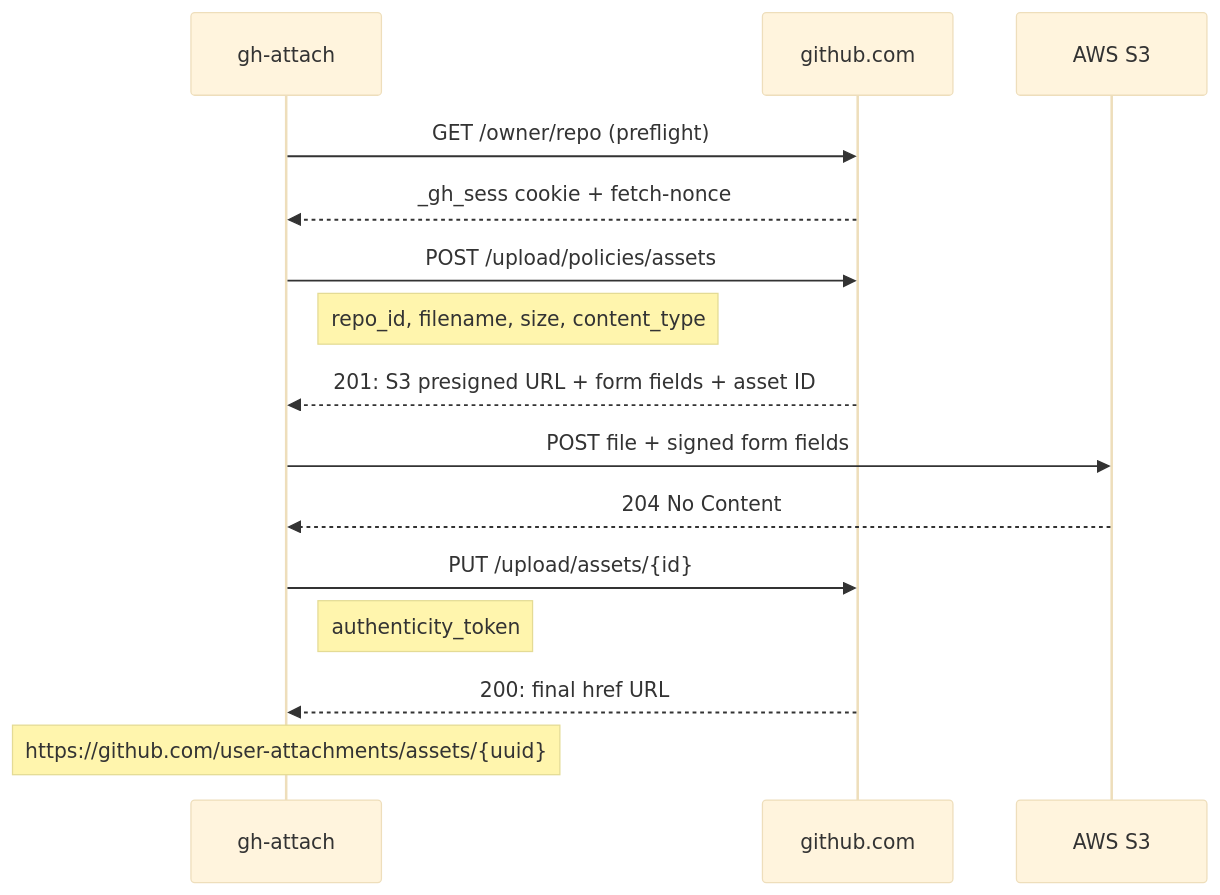
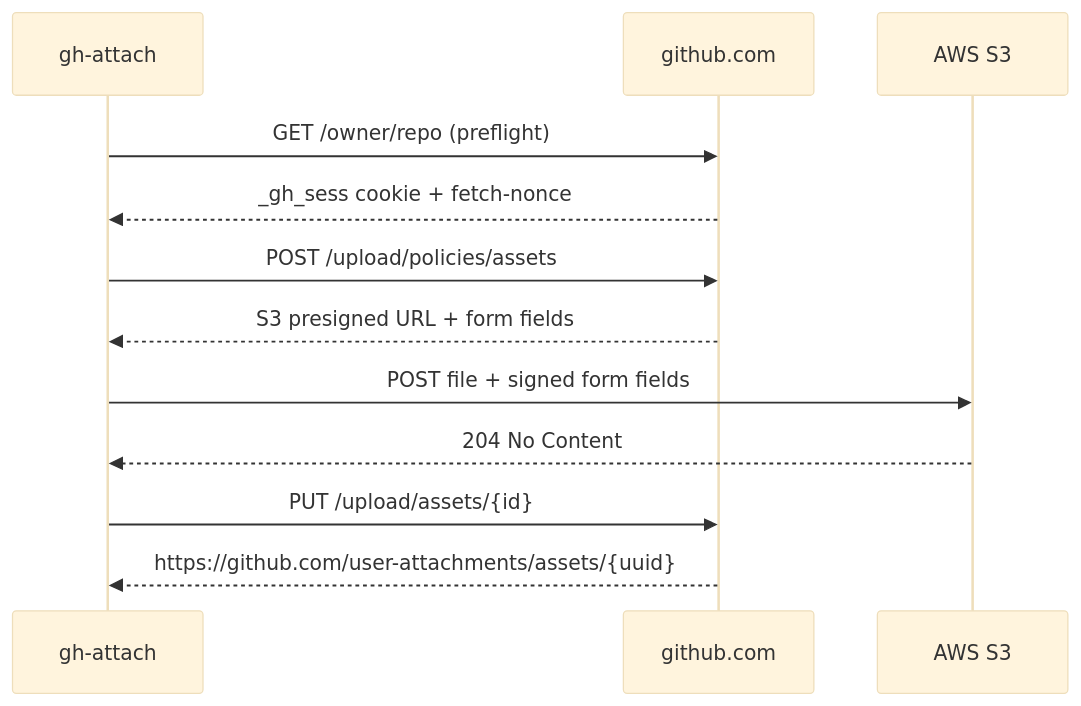
One commit to bc/gh-issue-attachments changed the diagram in README.md. Above: the diagram before and after it, drawn with Mermaid (base theme). The commit also changed other lines of this file, not shown here.

````diff
--- a/README.md
+++ b/README.md
@@ -9,22 +5,18 @@
 ```mermaid
 sequenceDiagram
     participant C as gh-attach
     participant G as github.com
     participant S as AWS S3
 
     C->>G: GET /owner/repo (preflight)
     G-->>C: _gh_sess cookie + fetch-nonce
 
     C->>G: POST /upload/policies/assets
-    Note right of C: repo_id, filename, size, content_type
-    G-->>C: 201: S3 presigned URL + form fields + asset ID
+    G-->>C: S3 presigned URL + form fields
 
     C->>S: POST file + signed form fields
     S-->>C: 204 No Content
 
     C->>G: PUT /upload/assets/{id}
-    Note right of C: authenticity_token
-    G-->>C: 200: final href URL
-
-    Note over C: https://github.com/user-attachments/assets/{uuid}
+    G-->>C: https://github.com/user-attachments/assets/{uuid}
 ```
````
